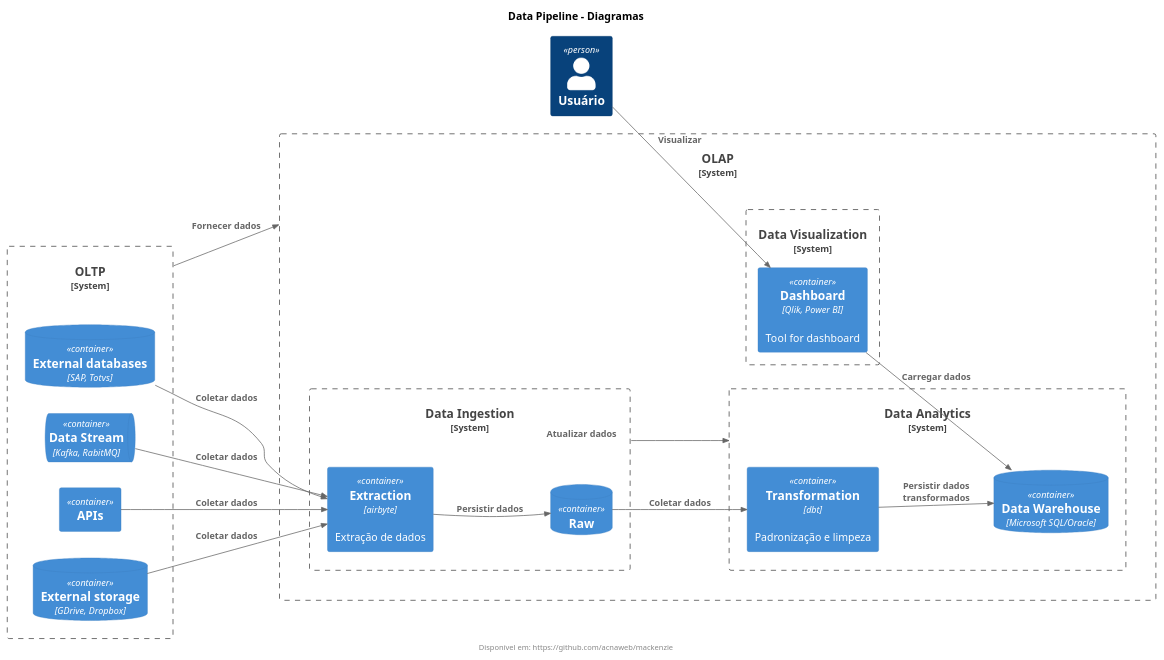
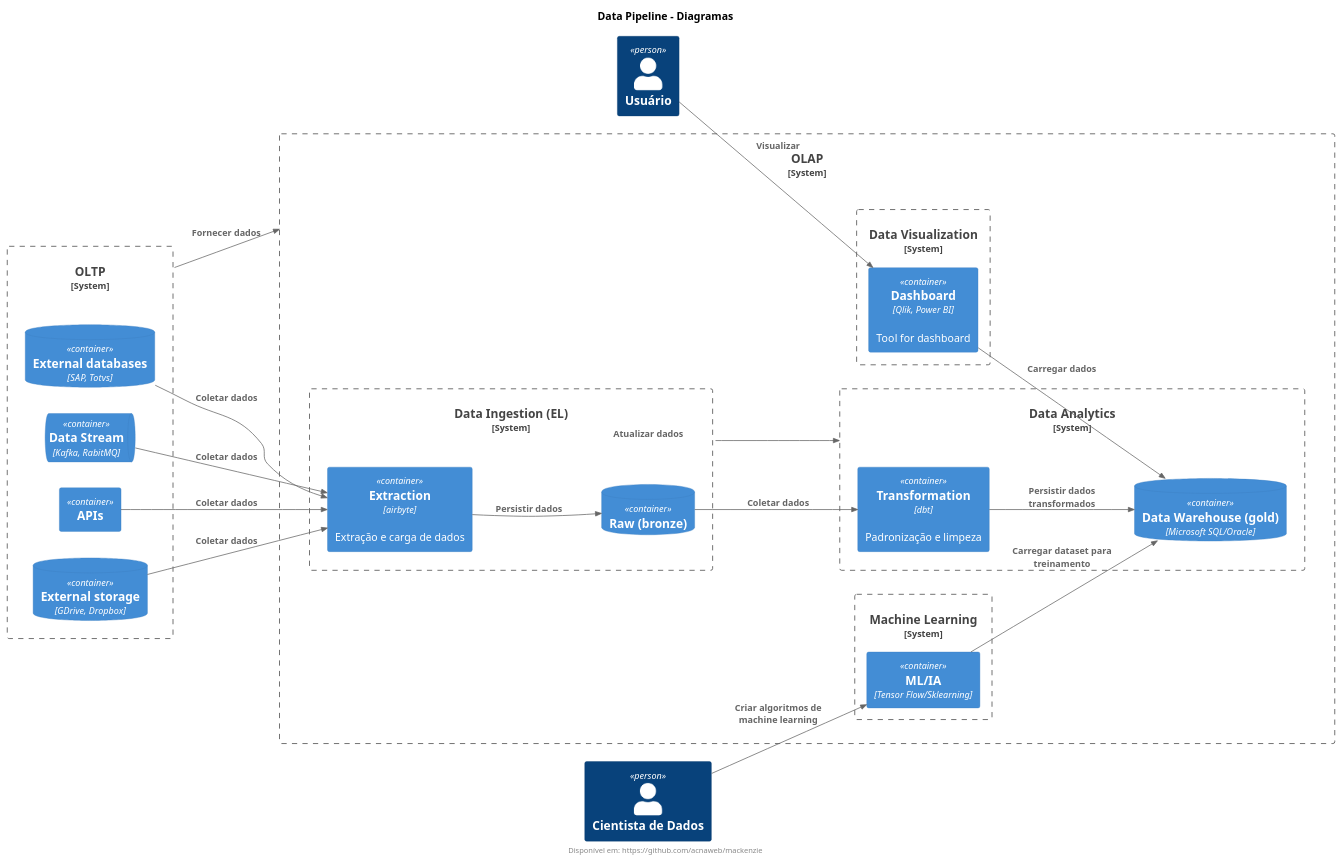
Before and after one commit to acnaweb/mackenzie: the diagram in diagrams/data_pipeline.wsd, drawn with PlantUML. The commit also changed 1 other file, not shown here.

```diff
--- a/diagrams/data_pipeline.wsd
+++ b/diagrams/data_pipeline.wsd
@@ -1,50 +1,58 @@
 @startuml data_pipeline
 !include https://raw.githubusercontent.com/plantuml-stdlib/C4-PlantUML/master/C4_Container.puml
 title Data Pipeline - Diagramas
 footer Disponível em: https://github.com/acnaweb/mackenzie
 LAYOUT_LEFT_RIGHT()
 
 Person(user, "Usuário")
+Person(data_scientist, "Cientista de Dados")
 
 System_Boundary(olap, "OLAP") {
+
+    System_Boundary(ml, "Machine Learning") {
+        Container(ia, "ML/IA", "Tensor Flow/Sklearning", "")
+    }
 
     System_Boundary(dataviz, "Data Visualization") {
         Container(dash, "Dashboard", "Qlik, Power BI", "Tool for dashboard")
     }
 
     System_Boundary(analytics, "Data Analytics") {
-        ContainerDb(dw, "Data Warehouse", "Microsoft SQL/Oracle")
+        ContainerDb(dw, "Data Warehouse (gold)", "Microsoft SQL/Oracle")
         Container(transformation, "Transformation", "dbt", "Padronização e limpeza")
     }
 
-    System_Boundary(ingestion, "Data Ingestion") {
-        ContainerDb(raw, "Raw")
-        Container(extraction, "Extraction", "airbyte", "Extração de dados")
+    System_Boundary(ingestion, "Data Ingestion (EL)") {
+        ContainerDb(raw, "Raw (bronze)")
+        Container(extraction, "Extraction", "airbyte", "Extração e carga de dados")
     }
 }
 
 System_Boundary(oltp, "OLTP") {
     ContainerDb(external_db, "External databases", "SAP, Totvs")
     ContainerQueue(external_queue, "Data Stream", "Kafka, RabitMQ")
     Container(external_api, "APIs")
     ContainerDb(external_storage, "External storage", "GDrive, Dropbox")
 }
 
 Rel(external_db, extraction, "Coletar dados")
 Rel(external_queue, extraction, "Coletar dados")
 Rel(external_api, extraction, "Coletar dados")
 Rel(external_storage, extraction, "Coletar dados")
 Rel(extraction, raw, "Persistir dados")
 
 Rel(oltp, olap, "Fornecer dados")
 Rel(ingestion, analytics, "Atualizar dados")
 
 Rel(user, dash, "Visualizar")
 Rel(dash, dw, "Carregar dados")
 
+Rel(data_scientist, ia, "Criar algoritmos de machine learning")
+Rel(ia, dw, "Carregar dataset para treinamento")
+
 Rel(transformation, dw, "Persistir dados transformados")
 Rel(raw, transformation, "Coletar dados")
 
 
 
 @enduml
```
